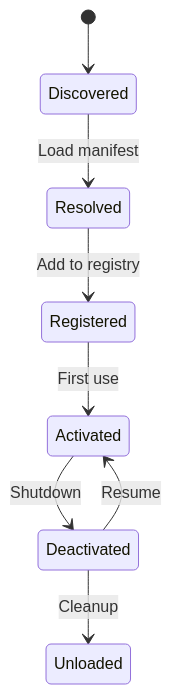
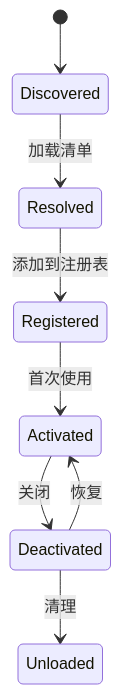
Before and after one commit to a576378368/openclaw_docs: the second of 3 diagrams in docs/zh/architecture-book/part-3-plugin-system/01-plugin-architecture.md, drawn with Mermaid. The commit also changed other lines of this file and 7 other files, not shown here.

````diff
--- a/docs/zh/architecture-book/part-3-plugin-system/01-plugin-architecture.md
+++ b/docs/zh/architecture-book/part-3-plugin-system/01-plugin-architecture.md
@@ -246,10 +246,10 @@
 ```mermaid
 stateDiagram-v2
     [*] --> Discovered
-    Discovered --> Resolved: Load manifest
-    Resolved --> Registered: Add to registry
-    Registered --> Activated: First use
-    Activated --> Deactivated: Shutdown
-    Deactivated --> Activated: Resume
-    Deactivated --> Unloaded: Cleanup
+    Discovered --> Resolved: 加载清单
+    Resolved --> Registered: 添加到注册表
+    Registered --> Activated: 首次使用
+    Activated --> Deactivated: 关闭
+    Deactivated --> Activated: 恢复
+    Deactivated --> Unloaded: 清理
 ```
````
